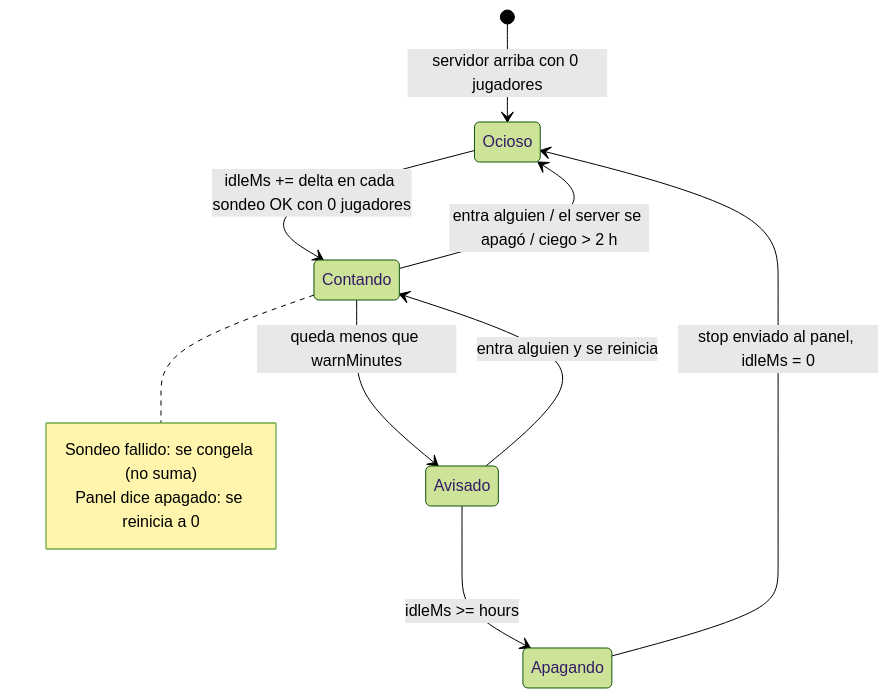
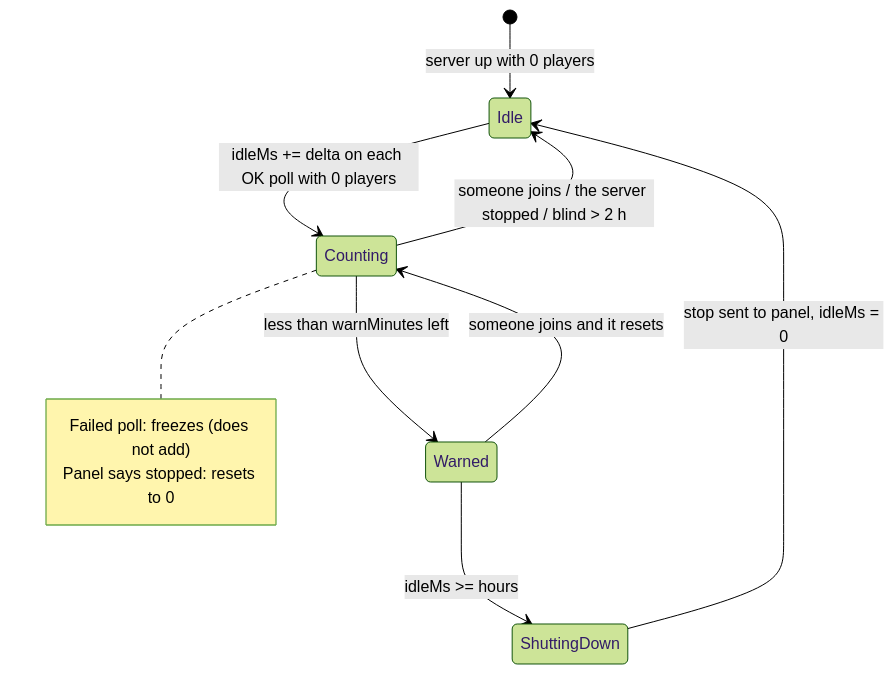
Before and after one commit to neyzerth/gameap-discord: the first of 2 diagrams in docs/autostop.md, drawn with Mermaid (forest theme). The commit also changed other lines of this file and 37 other files, not shown here.

````diff
--- a/docs/autostop.md
+++ b/docs/autostop.md
@@ -15,14 +17,14 @@
 ```mermaid
 stateDiagram-v2
-  [*] --> Ocioso: servidor arriba con 0 jugadores
-  Ocioso --> Contando: idleMs += delta en cada sondeo OK con 0 jugadores
-  Contando --> Ocioso: entra alguien / el server se apagó / ciego > 2 h
-  Contando --> Avisado: queda menos que warnMinutes
-  Avisado --> Contando: entra alguien y se reinicia
-  Avisado --> Apagando: idleMs >= hours
-  Apagando --> Ocioso: stop enviado al panel, idleMs = 0
-  note right of Contando
-    Sondeo fallido: se congela (no suma)
-    Panel dice apagado: se reinicia a 0
+  [*] --> Idle: server up with 0 players
+  Idle --> Counting: idleMs += delta on each OK poll with 0 players
+  Counting --> Idle: someone joins / the server stopped / blind > 2 h
+  Counting --> Warned: less than warnMinutes left
+  Warned --> Counting: someone joins and it resets
+  Warned --> ShuttingDown: idleMs >= hours
+  ShuttingDown --> Idle: stop sent to panel, idleMs = 0
+  note right of Counting
+    Failed poll: freezes (does not add)
+    Panel says stopped: resets to 0
   end note
 ```
````
